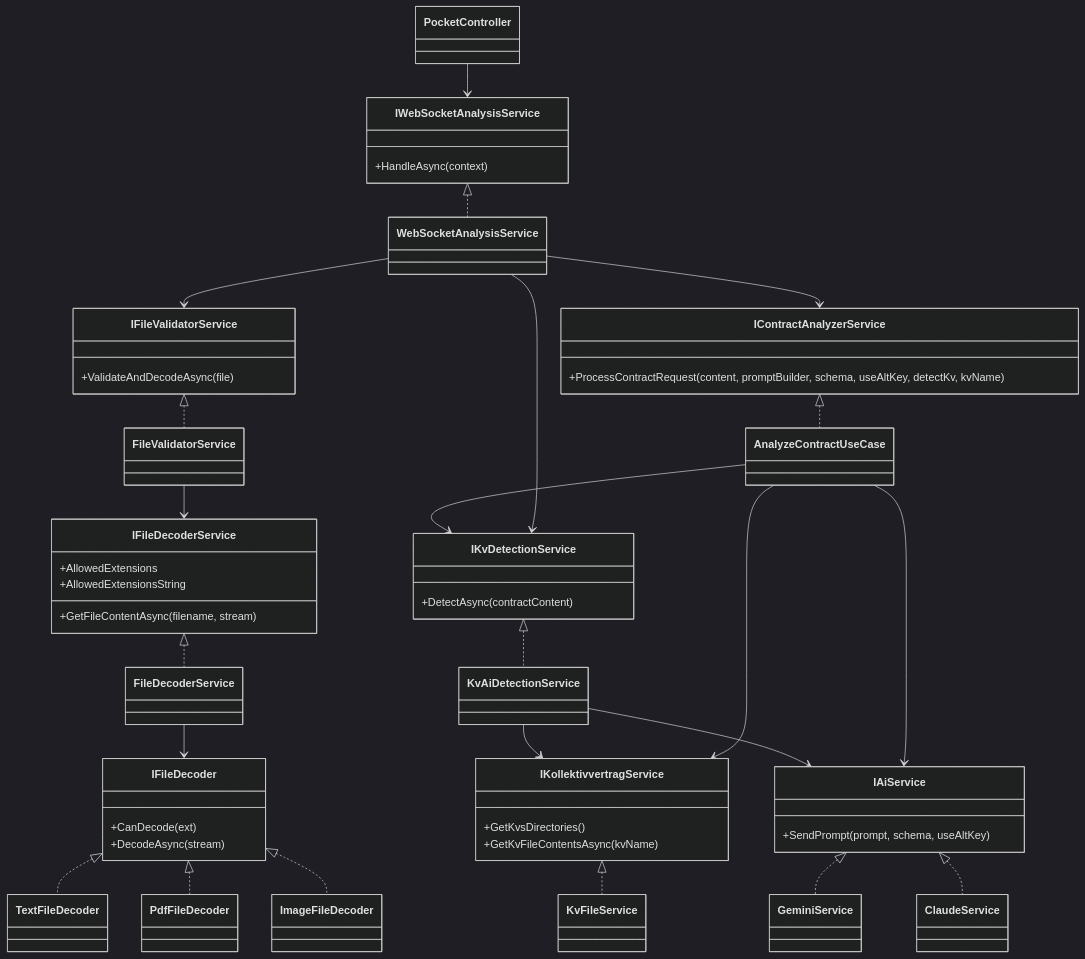
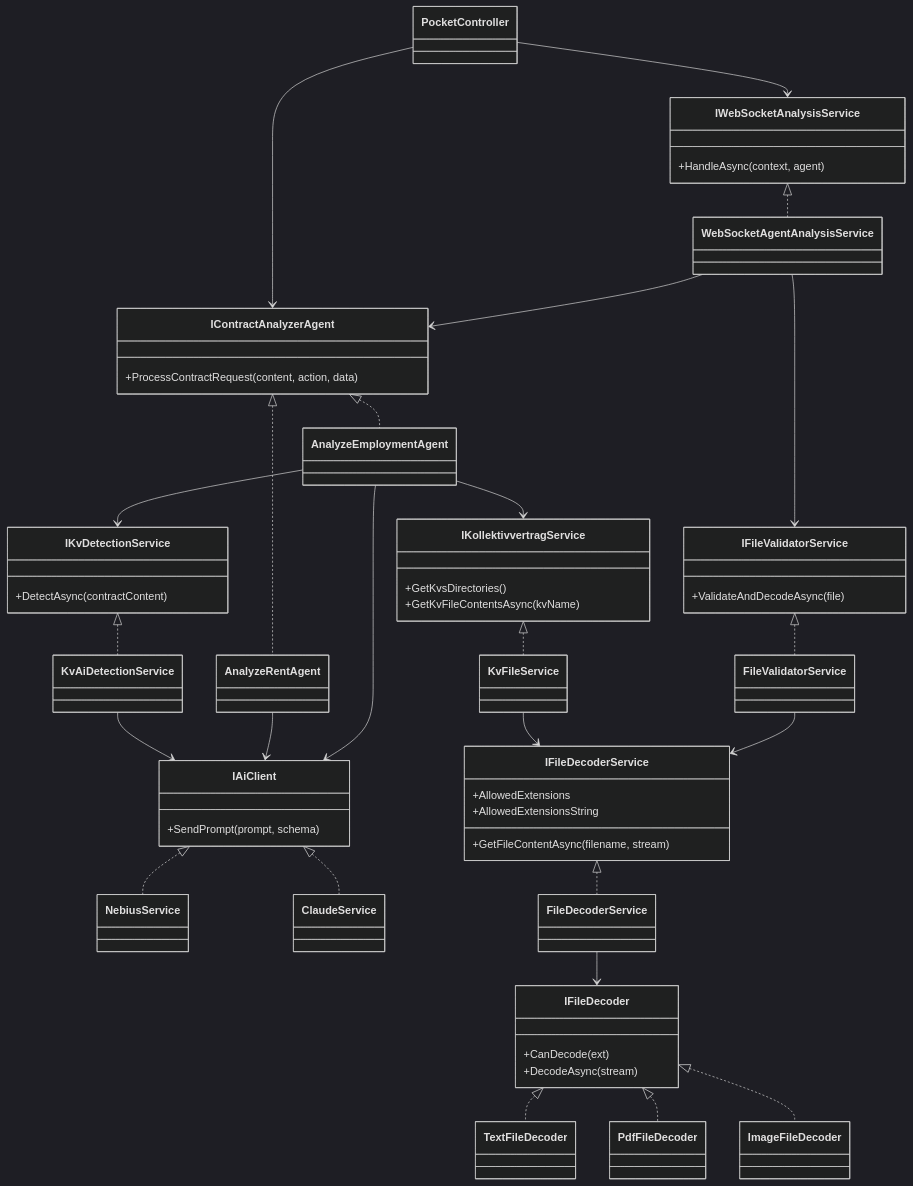
The eighth of 8 diagrams in docs/Diagrams/diagrams.md (sebastian-305/PocketLawyer), drawn with Mermaid (dark theme) before and after one commit. The commit also changed other lines of this file and 1 other file, not shown here.

Commit message:
Update diagram documentation for new agents

````diff
--- a/docs/Diagrams/diagrams.md
+++ b/docs/Diagrams/diagrams.md
@@ -444,73 +455,76 @@
 ```mermaid
 classDiagram
-    class IAiService {
-        +SendPrompt(prompt, schema, useAltKey)
+    class IAiClient {
+        +SendPrompt(prompt, schema)
     }
-    class GeminiService
+    class NebiusService
     class ClaudeService
-    IAiService <|.. GeminiService
-    IAiService <|.. ClaudeService
+    IAiClient <|.. NebiusService
+    IAiClient <|.. ClaudeService
+
+    class IContractAnalyzerAgent {
+        +ProcessContractRequest(content, action, data)
+    }
+    class AnalyzeEmploymentAgent
+    class AnalyzeRentAgent
+    IContractAnalyzerAgent <|.. AnalyzeEmploymentAgent
+    IContractAnalyzerAgent <|.. AnalyzeRentAgent
+    AnalyzeEmploymentAgent --> IAiClient
+    AnalyzeEmploymentAgent --> IKvDetectionService
+    AnalyzeEmploymentAgent --> IKollektivvertragService
+    AnalyzeRentAgent --> IAiClient
+
+    class IWebSocketAnalysisService {
+        +HandleAsync(context, agent)
+    }
+    class WebSocketAgentAnalysisService
+    IWebSocketAnalysisService <|.. WebSocketAgentAnalysisService
+    WebSocketAgentAnalysisService --> IFileValidatorService
+    WebSocketAgentAnalysisService --> IContractAnalyzerAgent
 
     class IFileDecoder {
         +CanDecode(ext)
         +DecodeAsync(stream)
     }
     class TextFileDecoder
     class PdfFileDecoder
     class ImageFileDecoder
     IFileDecoder <|.. TextFileDecoder
     IFileDecoder <|.. PdfFileDecoder
     IFileDecoder <|.. ImageFileDecoder
 
     class IFileDecoderService {
         +AllowedExtensions
         +AllowedExtensionsString
         +GetFileContentAsync(filename, stream)
     }
     class FileDecoderService
     IFileDecoderService <|.. FileDecoderService
     FileDecoderService --> IFileDecoder
 
     class IFileValidatorService {
         +ValidateAndDecodeAsync(file)
     }
     class FileValidatorService
     IFileValidatorService <|.. FileValidatorService
     FileValidatorService --> IFileDecoderService
 
     class IKvDetectionService {
         +DetectAsync(contractContent)
     }
     class KvAiDetectionService
     IKvDetectionService <|.. KvAiDetectionService
-    KvAiDetectionService --> IKollektivvertragService
-    KvAiDetectionService --> IAiService
+    KvAiDetectionService --> IAiClient
 
     class IKollektivvertragService {
         +GetKvsDirectories()
         +GetKvFileContentsAsync(kvName)
     }
     class KvFileService
     IKollektivvertragService <|.. KvFileService
-
-    class IContractAnalyzerService {
-        +ProcessContractRequest(content, promptBuilder, schema, useAltKey, detectKv, kvName)
-    }
-    class AnalyzeContractUseCase
-    IContractAnalyzerService <|.. AnalyzeContractUseCase
-    AnalyzeContractUseCase --> IAiService
-    AnalyzeContractUseCase --> IKvDetectionService
-    AnalyzeContractUseCase --> IKollektivvertragService
-
-    class IWebSocketAnalysisService {
-        +HandleAsync(context)
-    }
-    class WebSocketAnalysisService
-    IWebSocketAnalysisService <|.. WebSocketAnalysisService
-    WebSocketAnalysisService --> IFileValidatorService
-    WebSocketAnalysisService --> IKvDetectionService
-    WebSocketAnalysisService --> IContractAnalyzerService
+    KvFileService --> IFileDecoderService
 
     class PocketController
     PocketController --> IWebSocketAnalysisService
+    PocketController --> IContractAnalyzerAgent
 ```
````
